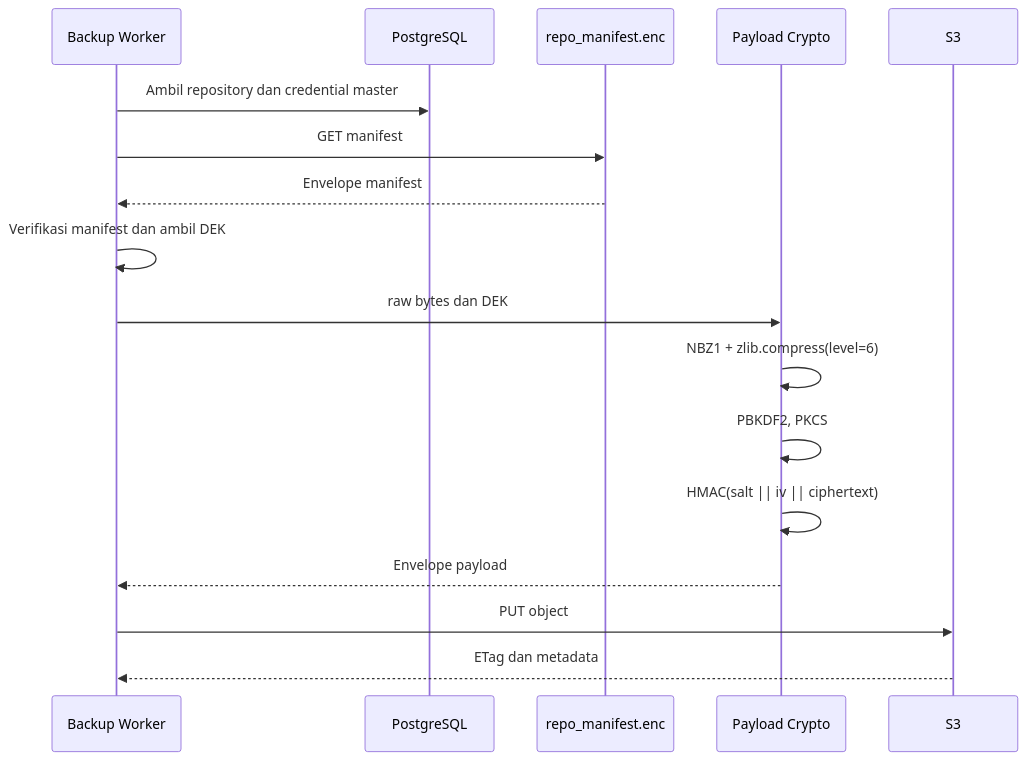
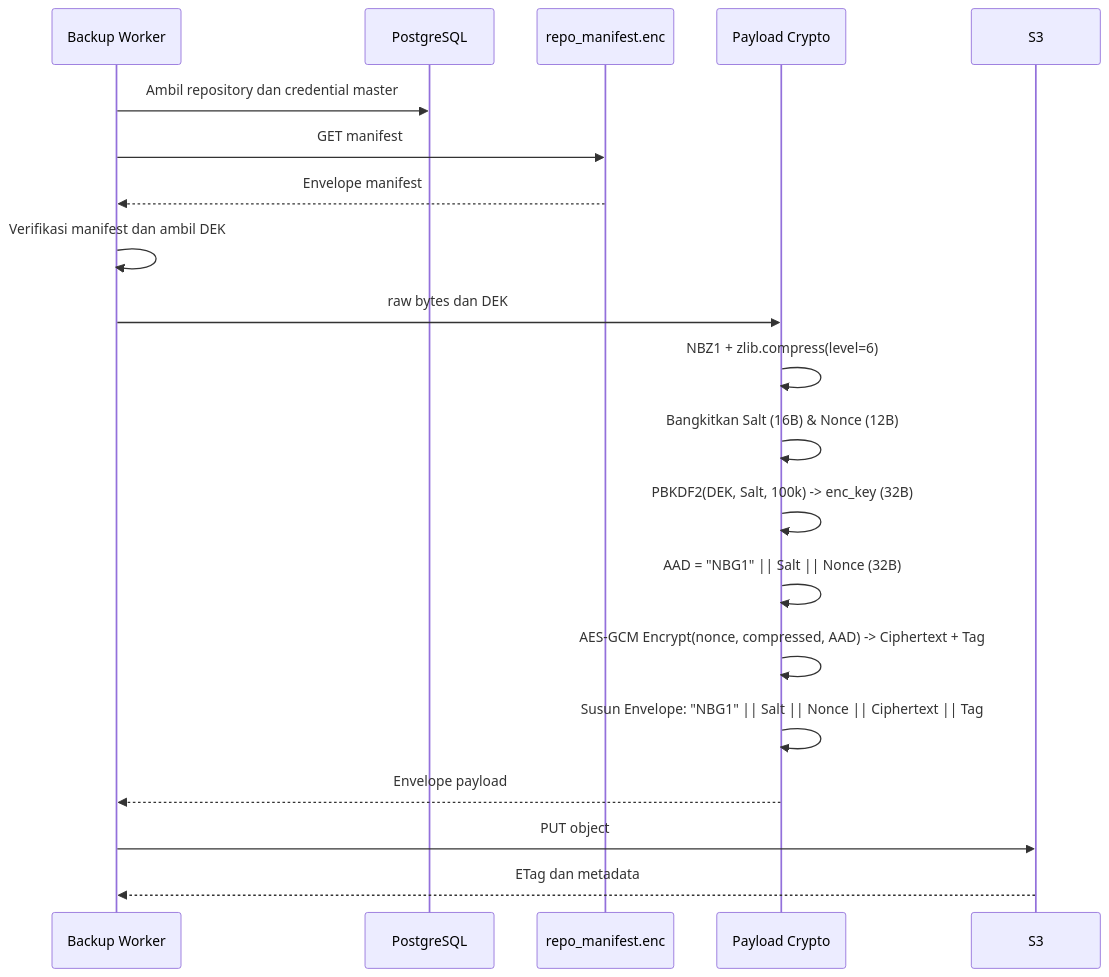
One commit to NugrohoAdySusanto/network-backup changed the first of 2 diagrams in docs/03-design/enkripsi-backup-s3.md. Above: the diagram before and after it, drawn with Mermaid. The commit also changed other lines of this file and 13 other files, not shown here.

Commit message:
feat: migrate payload encryption to AES-256-GCM AEAD with AAD envelope binding

````diff
--- a/docs/03-design/enkripsi-backup-s3.md
+++ b/docs/03-design/enkripsi-backup-s3.md
@@ -50,20 +50,23 @@
 ```mermaid
 sequenceDiagram
     participant W as Backup Worker
     participant DB as PostgreSQL
     participant M as repo_manifest.enc
     participant C as Payload Crypto
     participant S as S3
 
     W->>DB: Ambil repository dan credential master
     W->>M: GET manifest
     M-->>W: Envelope manifest
     W->>W: Verifikasi manifest dan ambil DEK
     W->>C: raw bytes dan DEK
     C->>C: NBZ1 + zlib.compress(level=6)
-    C->>C: PBKDF2, PKCS#7, AES-256-CBC
-    C->>C: HMAC(salt || iv || ciphertext)
+    C->>C: Bangkitkan Salt (16B) & Nonce (12B)
+    C->>C: PBKDF2(DEK, Salt, 100k) -> enc_key (32B)
+    C->>C: AAD = "NBG1" || Salt || Nonce (32B)
+    C->>C: AES-GCM Encrypt(nonce, compressed, AAD) -> Ciphertext + Tag
+    C->>C: Susun Envelope: "NBG1" || Salt || Nonce || Ciphertext || Tag
     C-->>W: Envelope payload
     W->>S: PUT object
     S-->>W: ETag dan metadata
 ```
````
